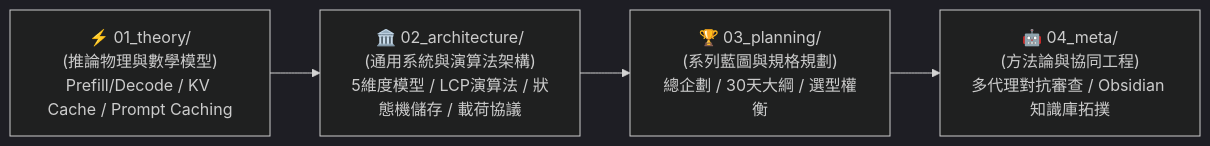
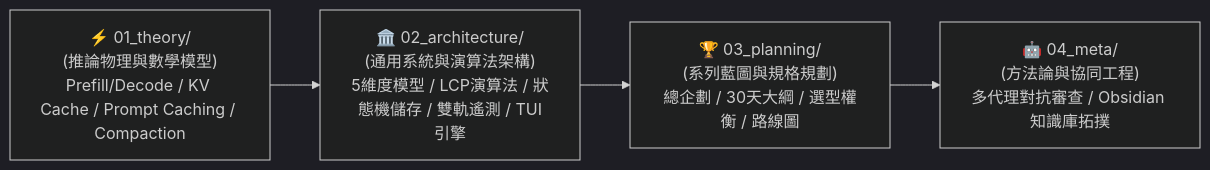
One commit to daniel-yang1739/Hemidall changed the diagram in docs/02_wiki/index.md. Above: the diagram before and after it, drawn with Mermaid (dark theme). The commit also changed other lines of this file and 22 other files, not shown here.

````diff
--- a/docs/02_wiki/index.md
+++ b/docs/02_wiki/index.md
@@ -53,6 +56,6 @@
 ```mermaid
 flowchart LR
-    M1["⚡ 01_theory/<br/>(推論物理與數學模型)<br/>Prefill/Decode / KV Cache / Prompt Caching"] --> M2["🏛️ 02_architecture/<br/>(通用系統與演算法架構)<br/>5維度模型 / LCP演算法 / 狀態機儲存 / 載荷協議"]
-    M2 --> M3["🏆 03_planning/<br/>(系列藍圖與規格規劃)<br/>總企劃 / 30天大綱 / 選型權衡"]
+    M1["⚡ 01_theory/<br/>(推論物理與數學模型)<br/>Prefill/Decode / KV Cache / Prompt Caching / Compaction"] --> M2["🏛️ 02_architecture/<br/>(通用系統與演算法架構)<br/>5維度模型 / LCP演算法 / 狀態機儲存 / 雙軌遙測 / TUI引擎"]
+    M2 --> M3["🏆 03_planning/<br/>(系列藍圖與規格規劃)<br/>總企劃 / 30天大綱 / 選型權衡 / 路線圖"]
     M3 --> M4["🤖 04_meta/<br/>(方法論與協同工程)<br/>多代理對抗審查 / Obsidian 知識庫拓撲"]
 ```
````
